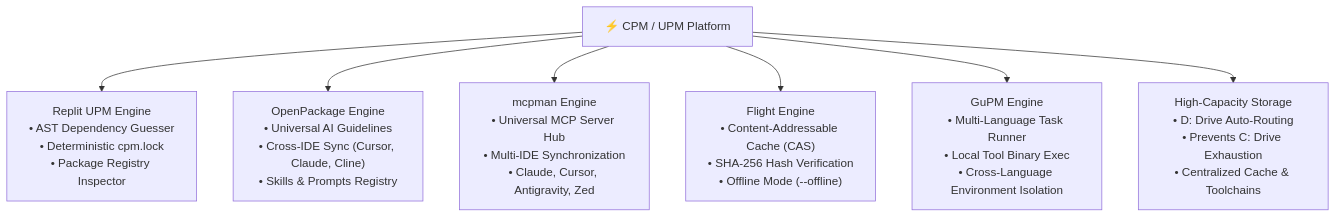
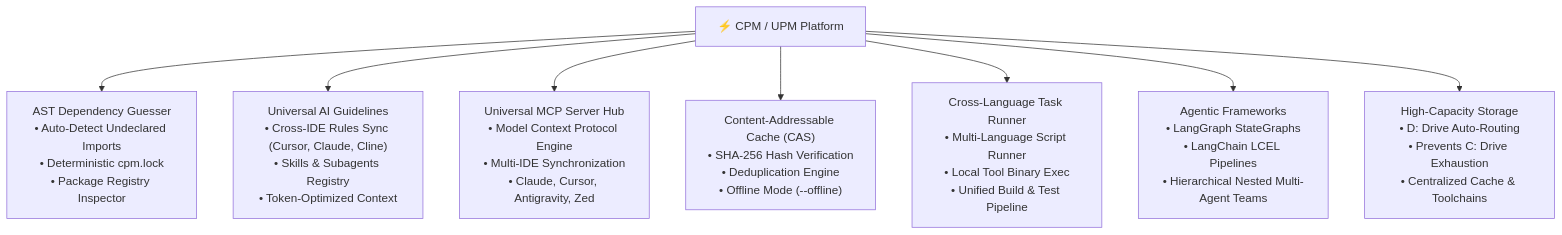
The diagram in README.md (sachinjat2802/upm), drawn with Mermaid before and after one commit. The commit also changed other lines of this file and 21 other files, not shown here.

````diff
--- a/README.md
+++ b/README.md
@@ -48,9 +48,10 @@
 ```mermaid
 graph TD
-    CPM["⚡ CPM / UPM Platform"] --> UPM["Replit UPM Engine<br/>• AST Dependency Guesser<br/>• Deterministic cpm.lock<br/>• Package Registry Inspector"]
-    CPM --> OPKG["OpenPackage Engine<br/>• Universal AI Guidelines<br/>• Cross-IDE Sync (Cursor, Claude, Cline)<br/>• Skills & Prompts Registry"]
-    CPM --> MCP["mcpman Engine<br/>• Universal MCP Server Hub<br/>• Multi-IDE Synchronization<br/>• Claude, Cursor, Antigravity, Zed"]
-    CPM --> FLIGHT["Flight Engine<br/>• Content-Addressable Cache (CAS)<br/>• SHA-256 Hash Verification<br/>• Offline Mode (--offline)"]
-    CPM --> GUPM["GuPM Engine<br/>• Multi-Language Task Runner<br/>• Local Tool Binary Exec<br/>• Cross-Language Environment Isolation"]
+    CPM["⚡ CPM / UPM Platform"] --> AST["AST Dependency Guesser<br/>• Auto-Detect Undeclared Imports<br/>• Deterministic cpm.lock<br/>• Package Registry Inspector"]
+    CPM --> AI["Universal AI Guidelines<br/>• Cross-IDE Rules Sync (Cursor, Claude, Cline)<br/>• Skills & Subagents Registry<br/>• Token-Optimized Context"]
+    CPM --> MCP["Universal MCP Server Hub<br/>• Model Context Protocol Engine<br/>• Multi-IDE Synchronization<br/>• Claude, Cursor, Antigravity, Zed"]
+    CPM --> CAS["Content-Addressable Cache (CAS)<br/>• SHA-256 Hash Verification<br/>• Deduplication Engine<br/>• Offline Mode (--offline)"]
+    CPM --> TASK["Cross-Language Task Runner<br/>• Multi-Language Script Runner<br/>• Local Tool Binary Exec<br/>• Unified Build & Test Pipeline"]
+    CPM --> AGENT["Agentic Frameworks<br/>• LangGraph StateGraphs<br/>• LangChain LCEL Pipelines<br/>• Hierarchical Nested Multi-Agent Teams"]
     CPM --> DRIVE["High-Capacity Storage<br/>• D: Drive Auto-Routing<br/>• Prevents C: Drive Exhaustion<br/>• Centralized Cache & Toolchains"]
 ```
````
